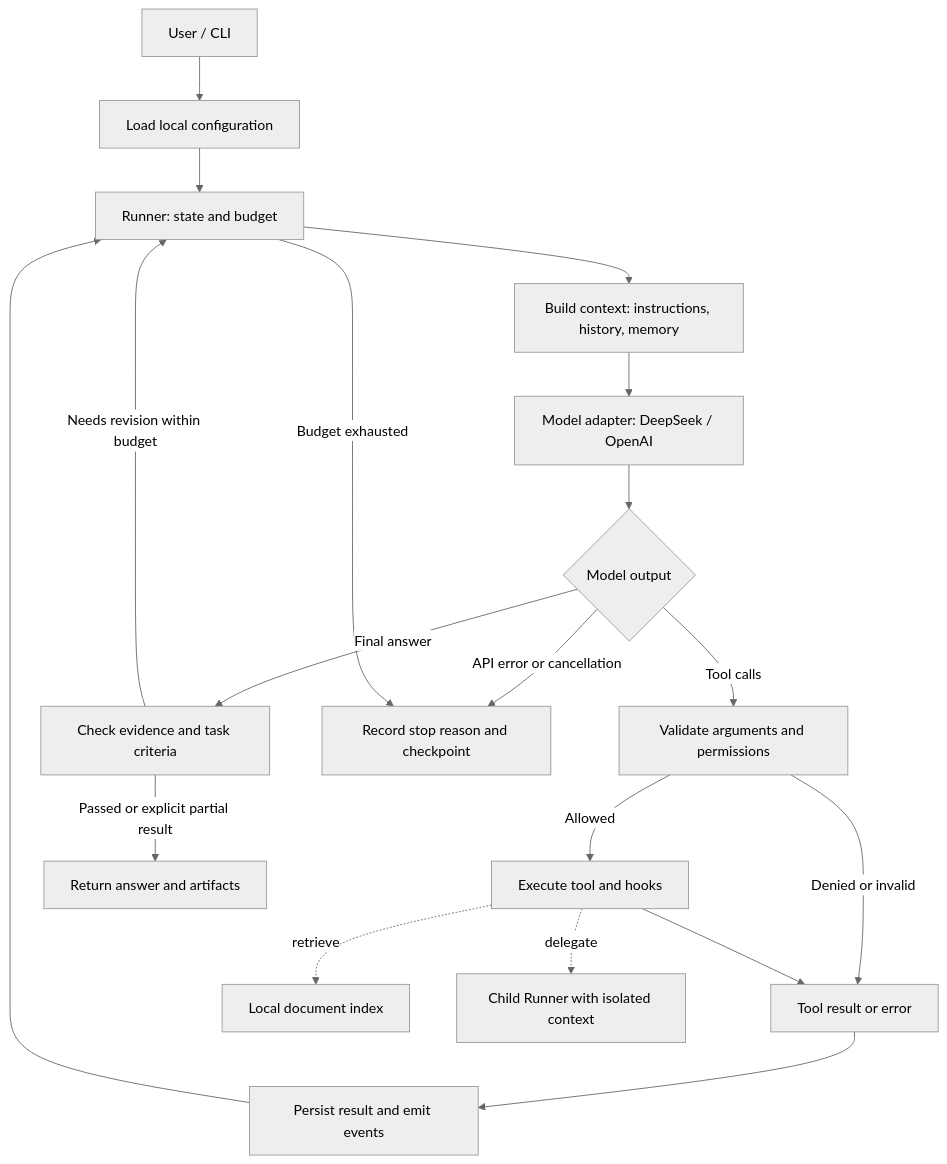
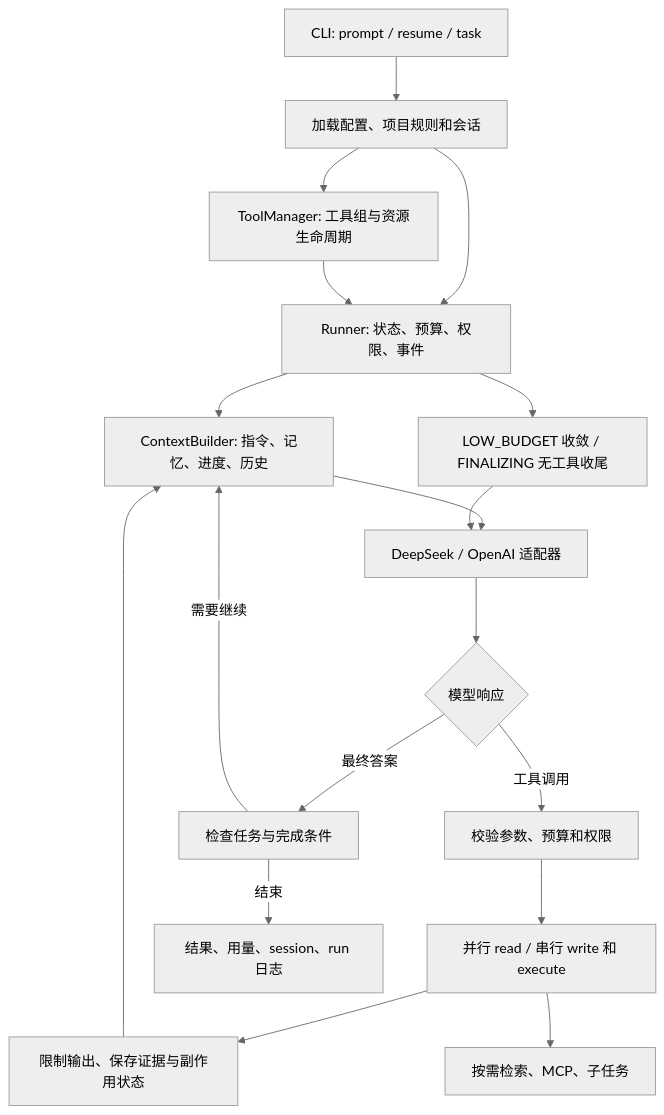
Before and after one commit to Huangsj1/ajAgent: the diagram in docs/architecture.md, drawn with Mermaid (neutral theme). The commit also changed other lines of this file and 44 other files, not shown here.

````diff
--- a/docs/architecture.md
+++ b/docs/architecture.md
@@ -75,21 +3,20 @@
 ```mermaid
 flowchart TD
-    U[User / CLI] --> C[Load local configuration]
-    C --> R[Runner: state and budget]
-    R --> X[Build context: instructions, history, memory]
-    X --> M[Model adapter: DeepSeek / OpenAI]
-    M --> D{Model output}
-    D -->|Tool calls| P[Validate arguments and permissions]
-    P -->|Allowed| T[Execute tool and hooks]
-    P -->|Denied or invalid| O[Tool result or error]
-    T --> O
-    O --> S[Persist result and emit events]
-    S --> R
-    D -->|Final answer| V[Check evidence and task criteria]
-    V -->|Needs revision within budget| R
-    V -->|Passed or explicit partial result| F[Return answer and artifacts]
-    D -->|API error or cancellation| E[Record stop reason and checkpoint]
-    R -->|Budget exhausted| E
-    T -. retrieve .-> K[Local document index]
-    T -. delegate .-> A[Child Runner with isolated context]
+    U[CLI: prompt / resume / task] --> C[加载配置、项目规则和会话]
+    C --> T[ToolManager: 工具组与资源生命周期]
+    C --> R[Runner: 状态、预算、权限、事件]
+    T --> R
+    R --> B[ContextBuilder: 指令、记忆、进度、历史]
+    B --> M[DeepSeek / OpenAI 适配器]
+    M --> D{模型响应}
+    D -->|工具调用| P[校验参数、预算和权限]
+    P --> X[并行 read / 串行 write 和 execute]
+    X --> O[限制输出、保存证据与副作用状态]
+    O --> B
+    X --> S[按需检索、MCP、子任务]
+    D -->|最终答案| V[检查任务与完成条件]
+    V -->|需要继续| B
+    V -->|结束| F[结果、用量、session、run 日志]
+    R --> Q[LOW_BUDGET 收敛 / FINALIZING 无工具收尾]
+    Q --> M
 ```
````
